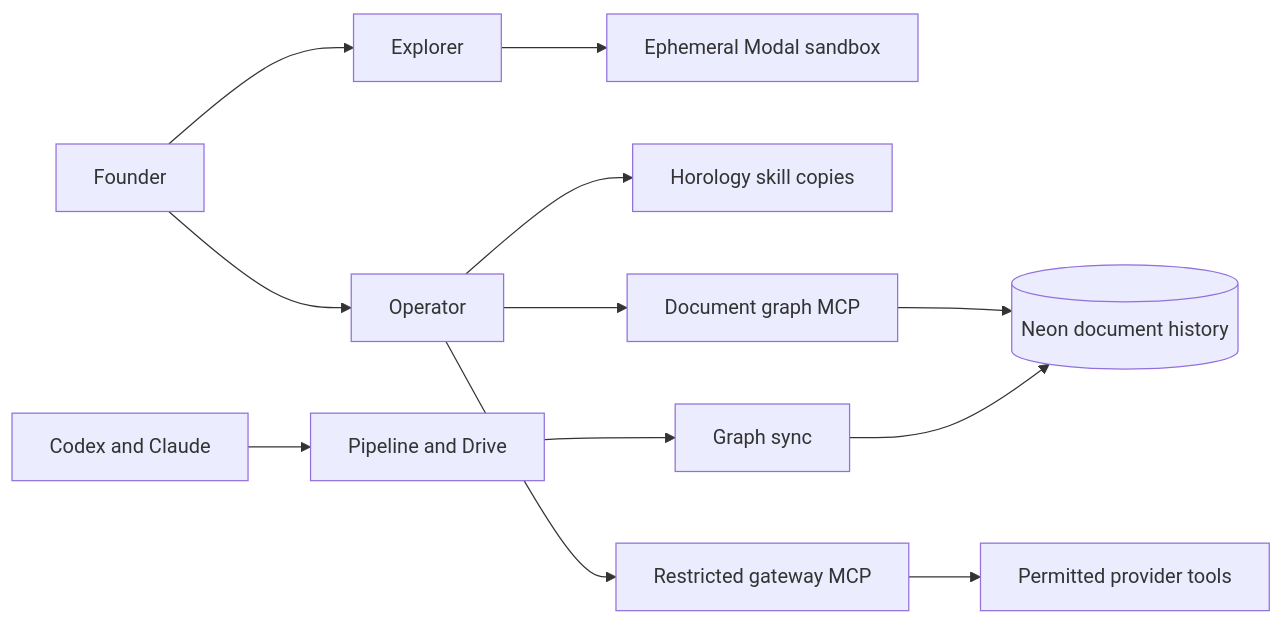
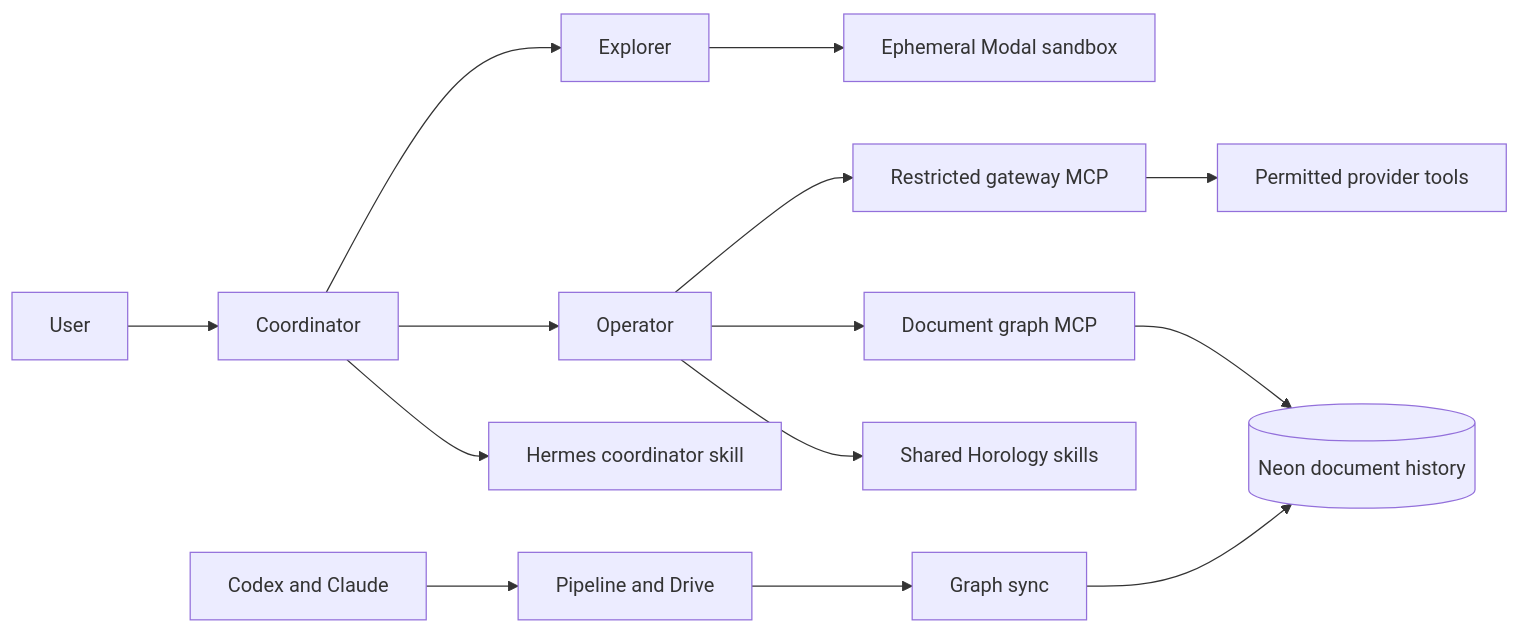
One commit to Welladino/Horology changed the diagram in docs/architecture/hermes/hermes-agents.md. Above: the diagram before and after it, drawn with Mermaid. The commit also changed other lines of this file and 26 other files, not shown here.

````diff
--- a/docs/architecture/hermes/hermes-agents.md
+++ b/docs/architecture/hermes/hermes-agents.md
@@ -5,26 +5,30 @@
 ```mermaid
 flowchart LR;
-  founder[Founder];
-  hermes[Operator];
+  user[User];
+  coordinator[Coordinator];
+  operator[Operator];
   explorer[Explorer];
   modal[Ephemeral Modal sandbox];
-  skills[Horology skill copies];
+  coordinatorSkill[Hermes coordinator skill];
+  skills[Shared Horology skills];
   docGraph[Document graph MCP];
   gateway[Restricted gateway MCP];
   neon[(Neon document history)];
   providers[Permitted provider tools];
   codex[Codex and Claude];
   sheets[Pipeline and Drive];
   sync[Graph sync];
-  founder --> hermes;
-  founder --> explorer;
+  user --> coordinator;
+  coordinator --> coordinatorSkill;
+  coordinator --> operator;
+  coordinator --> explorer;
   explorer --> modal;
-  hermes --> skills;
-  hermes --> docGraph;
-  hermes --> gateway;
+  operator --> skills;
+  operator --> docGraph;
+  operator --> gateway;
   docGraph --> neon;
   gateway --> providers;
   codex --> sheets;
   sheets --> sync;
   sync --> neon;
 ```
````
